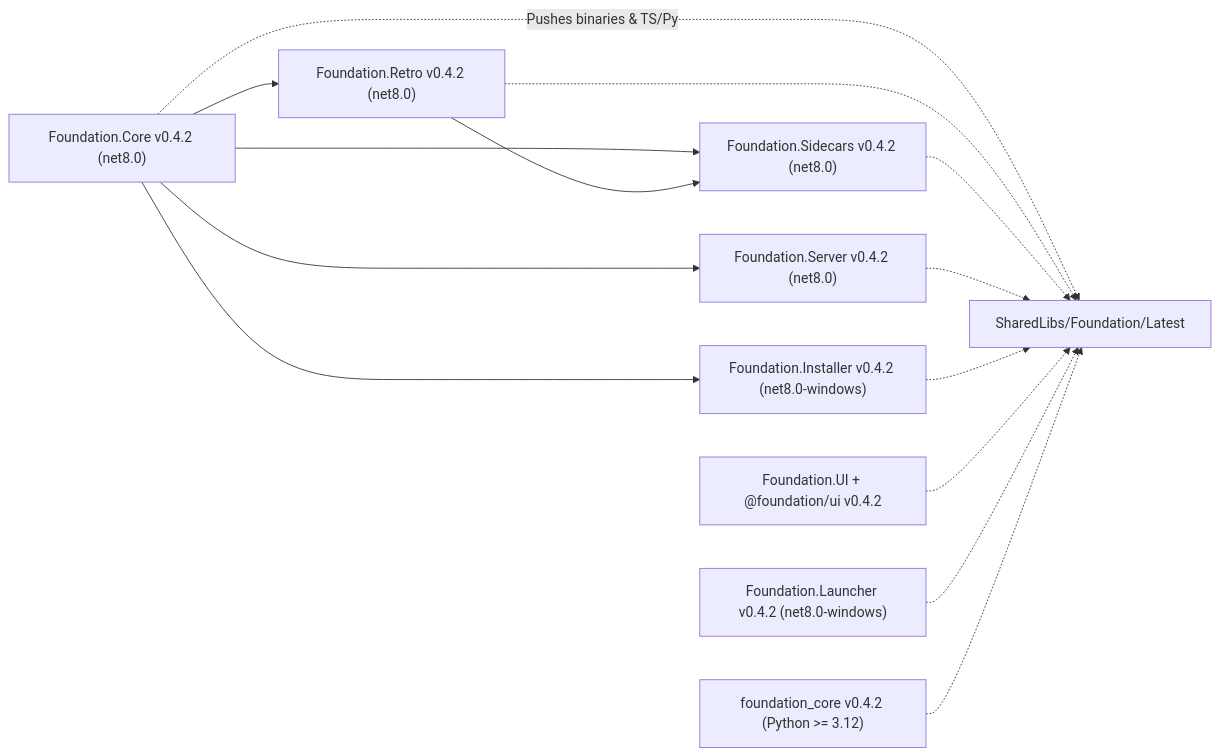
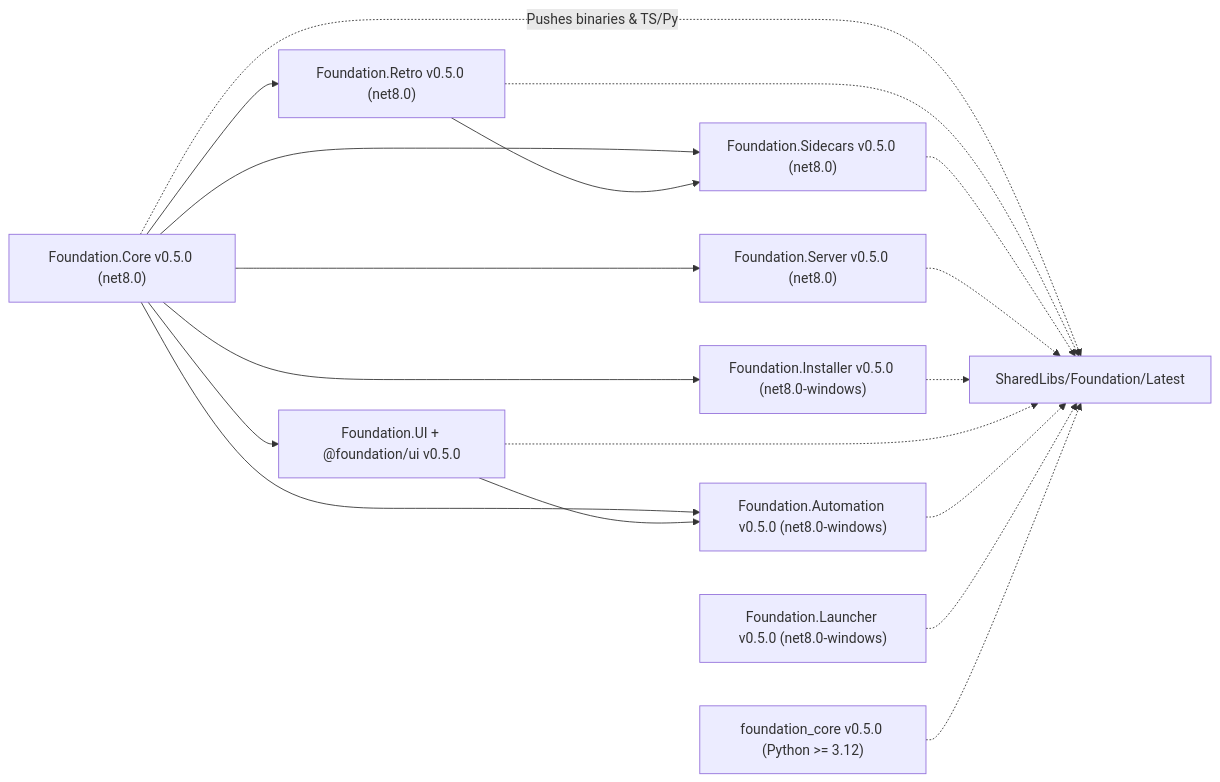
The diagram in Dev/docs/ARCHITECTURE.md (StreamItAllGit/Foundation), drawn with Mermaid before and after one commit. The commit also changed other lines of this file and 43 other files, not shown here.

````diff
--- a/Dev/docs/ARCHITECTURE.md
+++ b/Dev/docs/ARCHITECTURE.md
@@ -12,26 +12,31 @@
 ```mermaid
 flowchart LR
-    Core["Foundation.Core v0.4.2 (net8.0)"]
-    Retro["Foundation.Retro v0.4.2 (net8.0)"]
-    Sidecars["Foundation.Sidecars v0.4.2 (net8.0)"]
-    Server["Foundation.Server v0.4.2 (net8.0)"]
-    Installer["Foundation.Installer v0.4.2 (net8.0-windows)"]
-    UI["Foundation.UI + @foundation/ui v0.4.2"]
-    Launcher["Foundation.Launcher v0.4.2 (net8.0-windows)"]
-    PyCore["foundation_core v0.4.2 (Python >= 3.12)"]
+    Core["Foundation.Core v0.5.0 (net8.0)"]
+    Retro["Foundation.Retro v0.5.0 (net8.0)"]
+    Sidecars["Foundation.Sidecars v0.5.0 (net8.0)"]
+    Server["Foundation.Server v0.5.0 (net8.0)"]
+    Installer["Foundation.Installer v0.5.0 (net8.0-windows)"]
+    UI["Foundation.UI + @foundation/ui v0.5.0"]
+    Automation["Foundation.Automation v0.5.0 (net8.0-windows)"]
+    Launcher["Foundation.Launcher v0.5.0 (net8.0-windows)"]
+    PyCore["foundation_core v0.5.0 (Python >= 3.12)"]
     Hub["SharedLibs/Foundation/Latest"]
 
     Core --> Retro
     Core --> Sidecars
     Retro --> Sidecars
     Core --> Server
     Core --> Installer
+    Core --> UI
+    Core --> Automation
+    UI --> Automation
     Core -. "Pushes binaries & TS/Py" .-> Hub
     Retro -.-> Hub
     Sidecars -.-> Hub
     Server -.-> Hub
     Installer -.-> Hub
     UI -.-> Hub
+    Automation -.-> Hub
     Launcher -.-> Hub
     PyCore -.-> Hub
 ```
````
